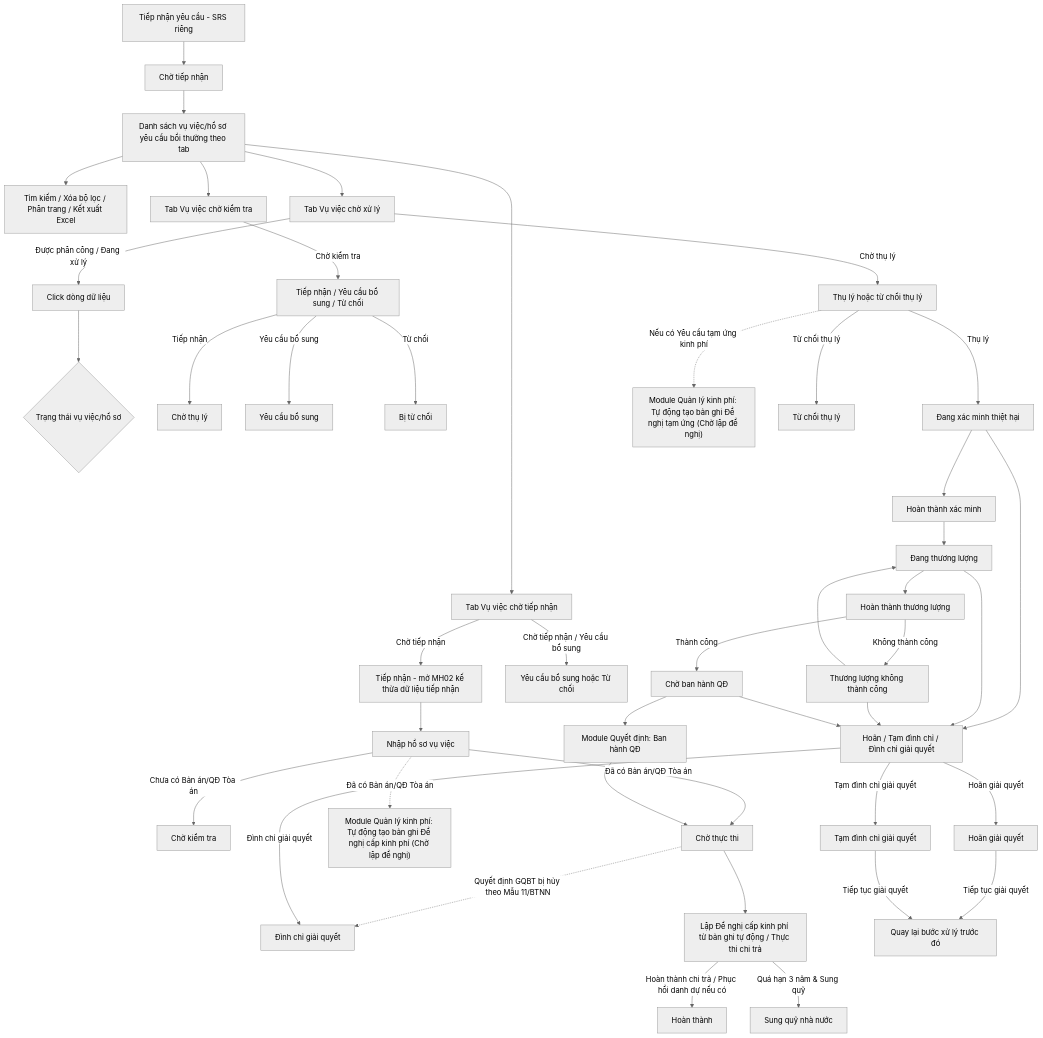
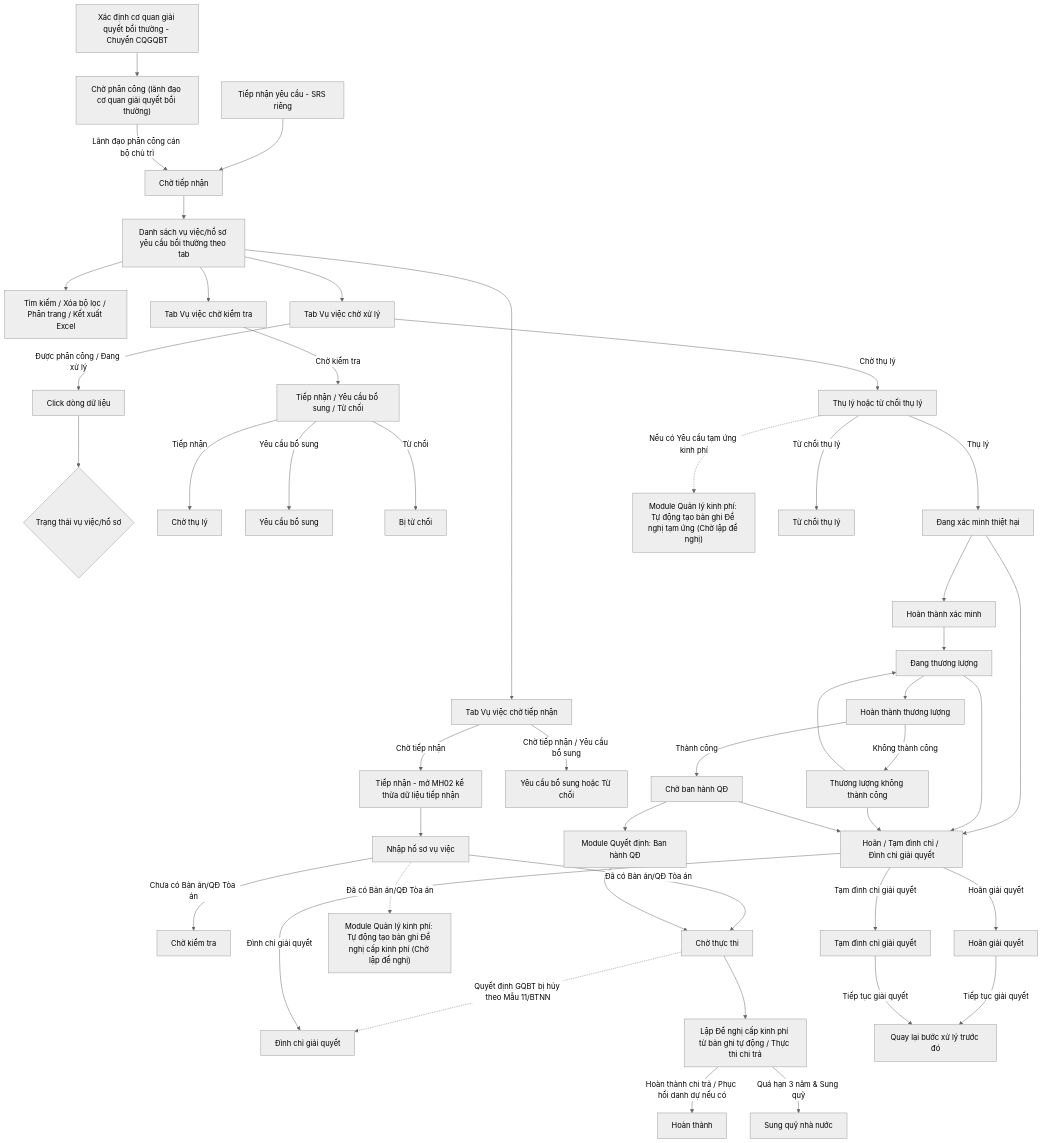
One commit to huyendt2007/BPBD_UI changed the diagram in Tai lieu phan tich/03_Website_Quan_tri/03_Cong_tac_boi_thuong/SRS_BTNN_GiaiQuyetBT_GiaiQuyet_YCBT.md. Above: the diagram before and after it, drawn with Mermaid (neutral theme). The commit also changed other lines of this file and 64 other files, not shown here.

````diff
--- a/Tai lieu phan tich/03_Website_Quan_tri/03_Cong_tac_boi_thuong/SRS_BTNN_GiaiQuyetBT_GiaiQuyet_YCBT.md
+++ b/Tai lieu phan tich/03_Website_Quan_tri/03_Cong_tac_boi_thuong/SRS_BTNN_GiaiQuyetBT_GiaiQuyet_YCBT.md
@@ -31,46 +45,48 @@
 ```mermaid
 flowchart TD
     A[Danh sách vụ việc/hồ sơ yêu cầu bồi thường theo tab] --> B[Tìm kiếm / Xóa bộ lọc / Phân trang / Kết xuất Excel]
     TN[Tiếp nhận yêu cầu - SRS riêng] --> D["Chờ tiếp nhận"]
+    XD[Xác định cơ quan giải quyết bồi thường - Chuyển CQGQBT] --> PC["Chờ phân công (lãnh đạo cơ quan giải quyết bồi thường)"]
+    PC -->|"Lãnh đạo phân công cán bộ chủ trì"| D
     D --> A
     A --> T1[Tab Vụ việc chờ tiếp nhận]
     A --> T2[Tab Vụ việc chờ kiểm tra]
     A --> T3[Tab Vụ việc chờ xử lý]
     T1 -->|"Chờ tiếp nhận"| E1[Tiếp nhận - mở MH02 kế thừa dữ liệu tiếp nhận]
     T1 -->|"Chờ tiếp nhận / Yêu cầu bổ sung"| E2[Yêu cầu bổ sung hoặc Từ chối]
     E1 --> E[Nhập hồ sơ vụ việc]
     T2 -->|"Chờ kiểm tra"| I[Tiếp nhận / Yêu cầu bổ sung / Từ chối]
     T3 -->|"Chờ thụ lý"| M[Thụ lý hoặc từ chối thụ lý]
     T3 -->|"Được phân công / Đang xử lý"| G[Click dòng dữ liệu]
     G --> H{Trạng thái vụ việc/hồ sơ}
     E -->|"Chưa có Bản án/QĐ Tòa án"| F["Chờ kiểm tra"]
     E -->|"Đã có Bản án/QĐ Tòa án"| V["Chờ thực thi"]
     E -.->|"Đã có Bản án/QĐ Tòa án"| M2["Module Quản lý kinh phí: Tự động tạo bản ghi Đề nghị cấp kinh phí (Chờ lập đề nghị)"]
     V -.->|"Quyết định GQBT bị hủy theo Mẫu 11/BTNN"| Y3
     I -->|"Tiếp nhận"| J["Chờ thụ lý"]
     I -->|"Yêu cầu bổ sung"| K["Yêu cầu bổ sung"]
     I -->|"Từ chối"| L["Bị từ chối"]
     M -->|"Thụ lý"| N["Đang xác minh thiệt hại"]
     M -.->|"Nếu có Yêu cầu tạm ứng kinh phí"| M1["Module Quản lý kinh phí: Tự động tạo bản ghi Đề nghị tạm ứng (Chờ lập đề nghị)"]
     M -->|"Từ chối thụ lý"| O["Từ chối thụ lý"]
     V --> V1[Lập Đề nghị cấp kinh phí từ bản ghi tự động / Thực thi chi trả]
     V1 -->|"Hoàn thành chi trả / Phục hồi danh dự nếu có"| X["Hoàn thành"]
     V1 -->|"Quá hạn 3 năm & Sung quỹ"| SQ["Sung quỹ nhà nước"]
     N --> Y[Hoãn / Tạm đình chỉ / Đình chỉ giải quyết]
     Q --> Y
     T --> Y
     S --> Y
     Y -->|"Hoãn giải quyết"| Y1["Hoãn giải quyết"]
     Y -->|"Tạm đình chỉ giải quyết"| Y2["Tạm đình chỉ giải quyết"]
     Y -->|"Đình chỉ giải quyết"| Y3["Đình chỉ giải quyết"]
     Y1 -->|"Tiếp tục giải quyết"| Z[Quay lại bước xử lý trước đó]
     Y2 -->|"Tiếp tục giải quyết"| Z
     N --> P[Hoàn thành xác minh]
     P --> Q["Đang thương lượng"]
     Q --> R[Hoàn thành thương lượng]
     R -->|"Thành công"| S["Chờ ban hành QĐ"]
     R -->|"Không thành công"| T["Thương lượng không thành công"]
     T --> Q
     S --> U[Module Quyết định: Ban hành QĐ]
     U --> V
 ```
````
